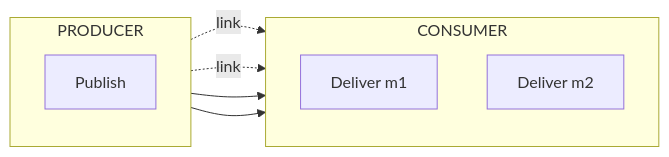
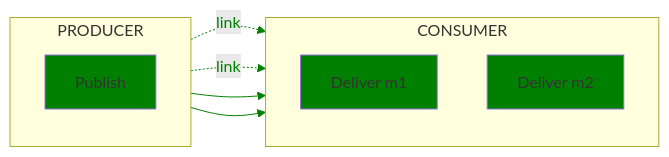
The eighth of 13 diagrams in text/trace/0220-messaging-semantic-conventions-span-structure.md (open-telemetry/oteps), drawn with Mermaid before and after one commit. The commit also changed other lines of this file, not shown here.

Commit message:
Fix mermaid colors

````diff
--- a/text/trace/0220-messaging-semantic-conventions-span-structure.md
+++ b/text/trace/0220-messaging-semantic-conventions-span-structure.md
@@ -408,16 +431,20 @@
 ```mermaid
 flowchart LR;
   subgraph PRODUCER
   direction TB
   P[Publish]
   end
   subgraph CONSUMER
   direction TB
   DM1[Deliver m1]
   DM2[Deliver m2]
   end
   P-. link .->DM1;
   P-. link .->DM2;
   P-->DM1;
   P-->DM2;
+
+  classDef normal fill:green
+  class P,DM1,DM2 normal
+  linkStyle 0,1,2,3 color:green,stroke:green
 ```
````
